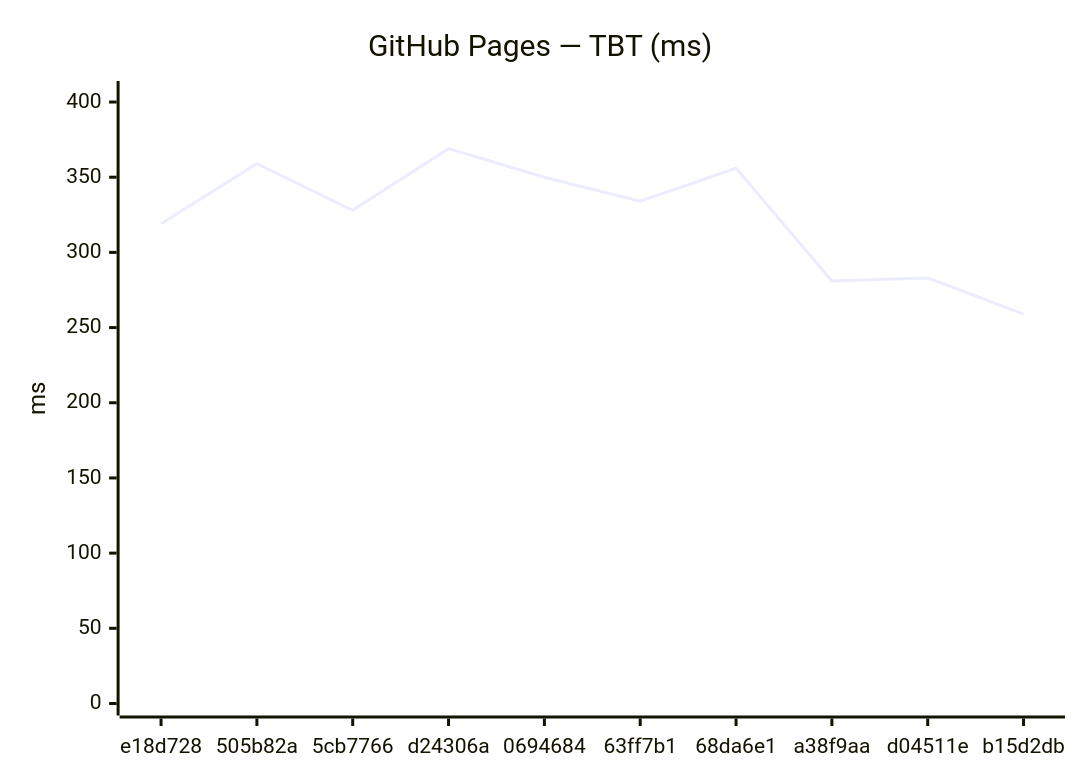
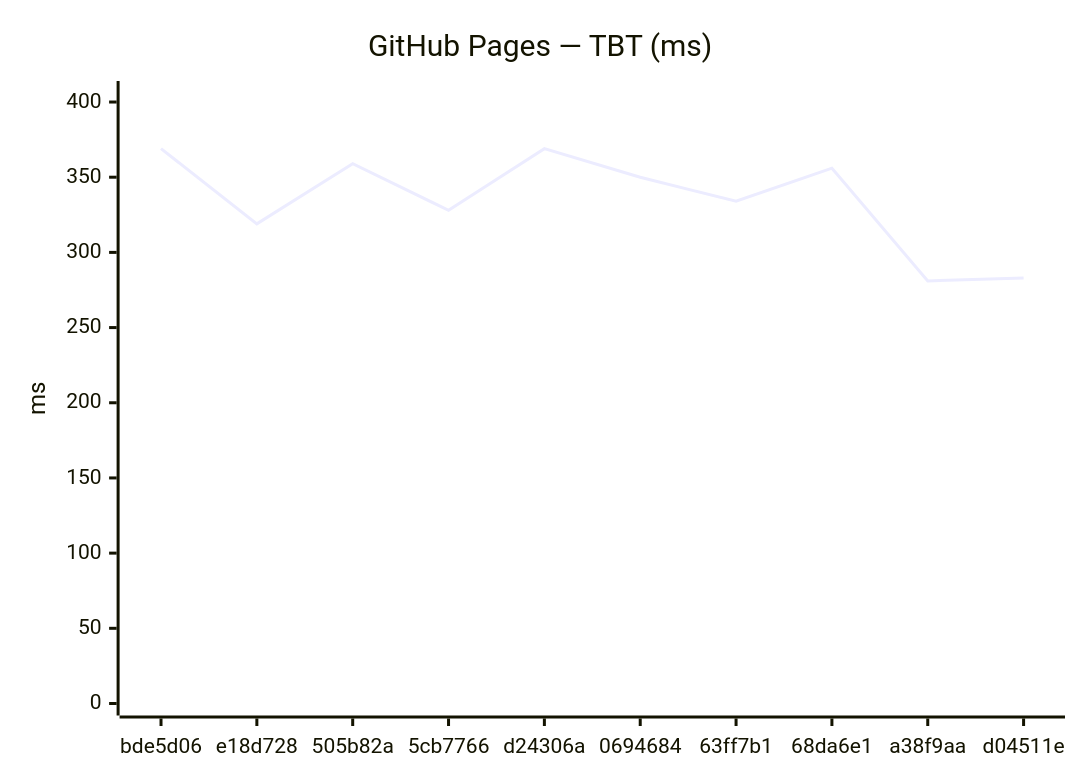
One commit to Metaheurist/Rianell changed the fourth of 18 diagrams in benchmarks/compare.md. Above: the diagram before and after it, drawn with Mermaid. The commit also changed other lines of this file and 11 other files, not shown here.

````diff
--- a/benchmarks/compare.md
+++ b/benchmarks/compare.md
@@ -61,7 +61,7 @@
 ```mermaid
 xychart-beta
     title "GitHub Pages — TBT (ms)"
-    x-axis ["e18d728", "505b82a", "5cb7766", "d24306a", "0694684", "63ff7b1", "68da6e1", "a38f9aa", "d04511e", "b15d2db"]
+    x-axis ["bde5d06", "e18d728", "505b82a", "5cb7766", "d24306a", "0694684", "63ff7b1", "68da6e1", "a38f9aa", "d04511e"]
     y-axis "ms" 0 --> 406
-    line [319, 359, 328, 369, 350, 334, 356, 281, 283, 259]
+    line [369, 319, 359, 328, 369, 350, 334, 356, 281, 283]
 ```
````
